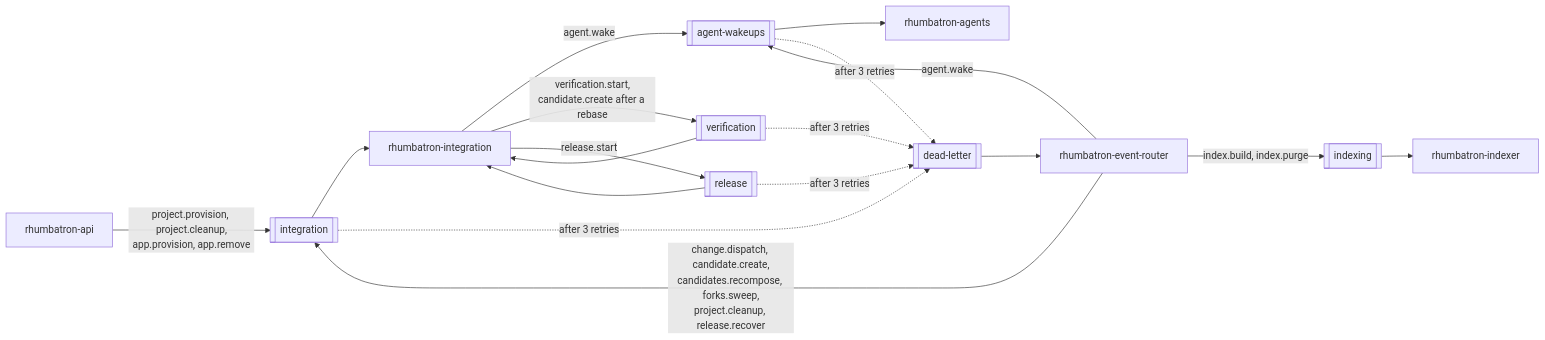
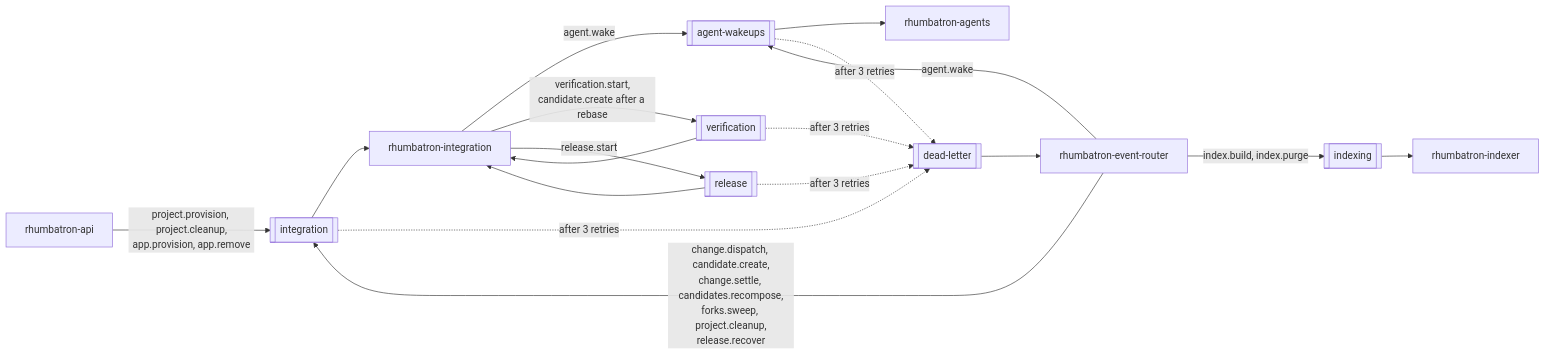
Before and after one commit to nsudhanva/rhumbatron: the fifth of 7 diagrams in docs/architecture/events-and-commands.md, drawn with Mermaid. The commit also changed other lines of this file and 12 other files, not shown here.

````diff
--- a/docs/architecture/events-and-commands.md
+++ b/docs/architecture/events-and-commands.md
@@ -163,29 +165,29 @@
 ```mermaid
 flowchart LR
   API["rhumbatron-api"]
   ER["rhumbatron-event-router"]
   INT["rhumbatron-integration"]
   WQ[["agent-wakeups"]]
   IQ[["integration"]]
   XQ[["indexing"]]
   VQ[["verification"]]
   RQ[["release"]]
   DLQ[["dead-letter"]]
   AG["rhumbatron-agents"]
   IDX["rhumbatron-indexer"]
 
   INT -->|"agent.wake"| WQ
   ER -->|"agent.wake"| WQ
-  ER -->|"change.dispatch, candidate.create,<br/>candidates.recompose, forks.sweep,<br/>project.cleanup, release.recover"| IQ
+  ER -->|"change.dispatch, candidate.create,<br/>change.settle, candidates.recompose,<br/>forks.sweep, project.cleanup,<br/>release.recover"| IQ
   API -->|"project.provision, project.cleanup,<br/>app.provision, app.remove"| IQ
   ER -->|"index.build, index.purge"| XQ
   INT -->|"verification.start,<br/>candidate.create after a rebase"| VQ
   INT -->|"release.start"| RQ
   WQ --> AG
   IQ --> INT
   VQ --> INT
   RQ --> INT
   XQ --> IDX
   WQ & IQ & VQ & RQ -.->|"after 3 retries"| DLQ
   DLQ --> ER
 ```
````
